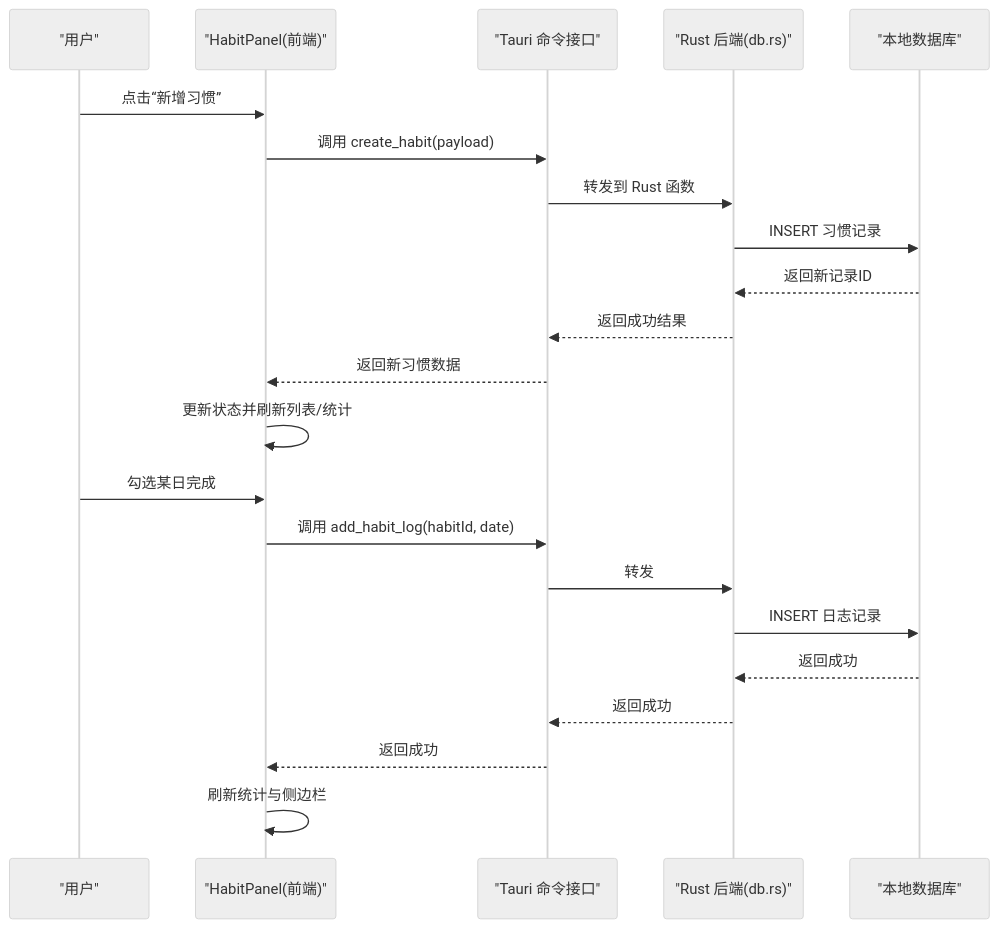
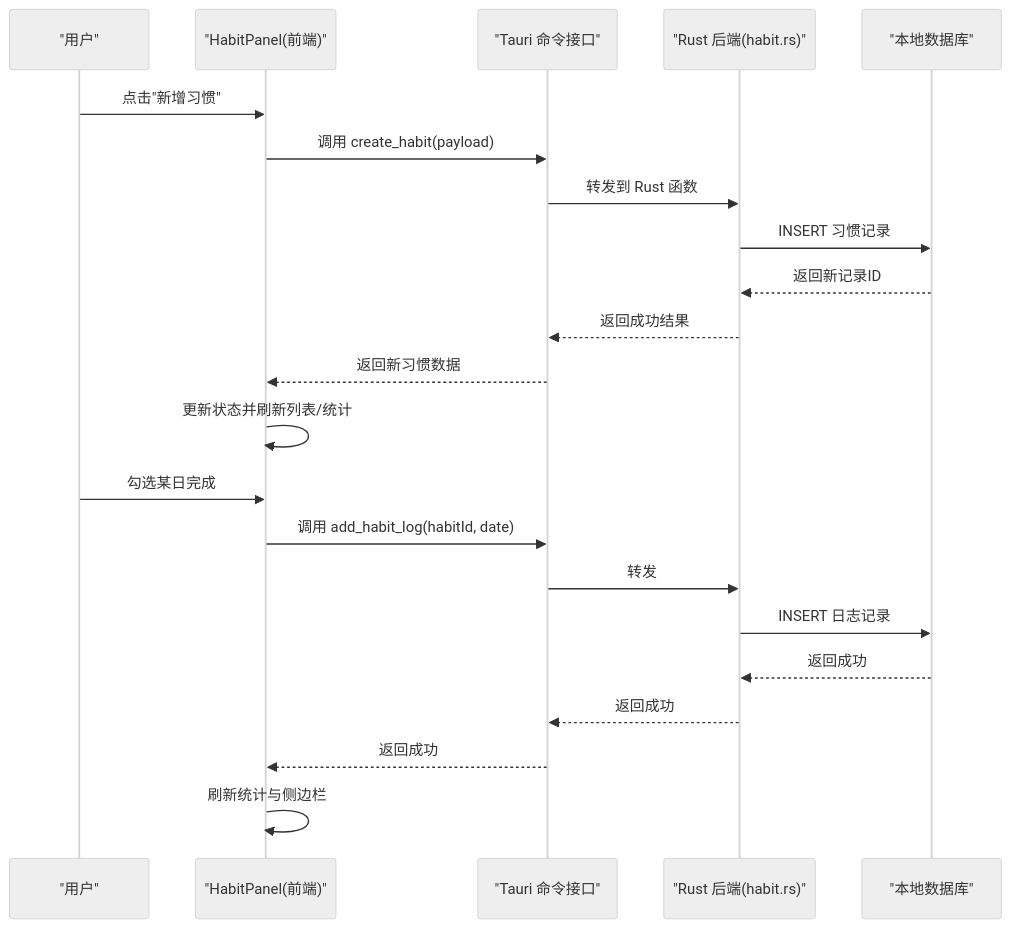
One commit to gzdxhujiale/FishWorker changed the second of 8 diagrams in .qoder/repowiki/zh/content/核心功能模块/习惯追踪系统.md. Above: the diagram before and after it, drawn with Mermaid (neutral theme). The commit also changed other lines of this file and 19 other files, not shown here.

````diff
--- a/.qoder/repowiki/zh/content/核心功能模块/习惯追踪系统.md
+++ b/.qoder/repowiki/zh/content/核心功能模块/习惯追踪系统.md
@@ -126,24 +123,24 @@
 ```mermaid
 sequenceDiagram
 participant U as "用户"
 participant FE as "HabitPanel(前端)"
 participant CMD as "Tauri 命令接口"
-participant RS as "Rust 后端(db.rs)"
+participant RS as "Rust 后端(habit.rs)"
 participant DB as "本地数据库"
-U->>FE : 点击“新增习惯”
+U->>FE : 点击"新增习惯"
 FE->>CMD : 调用 create_habit(payload)
 CMD->>RS : 转发到 Rust 函数
 RS->>DB : INSERT 习惯记录
 DB-->>RS : 返回新记录ID
 RS-->>CMD : 返回成功结果
 CMD-->>FE : 返回新习惯数据
 FE->>FE : 更新状态并刷新列表/统计
 U->>FE : 勾选某日完成
 FE->>CMD : 调用 add_habit_log(habitId, date)
 CMD->>RS : 转发
 RS->>DB : INSERT 日志记录
 DB-->>RS : 返回成功
 RS-->>CMD : 返回成功
 CMD-->>FE : 返回成功
 FE->>FE : 刷新统计与侧边栏
 ```
````
